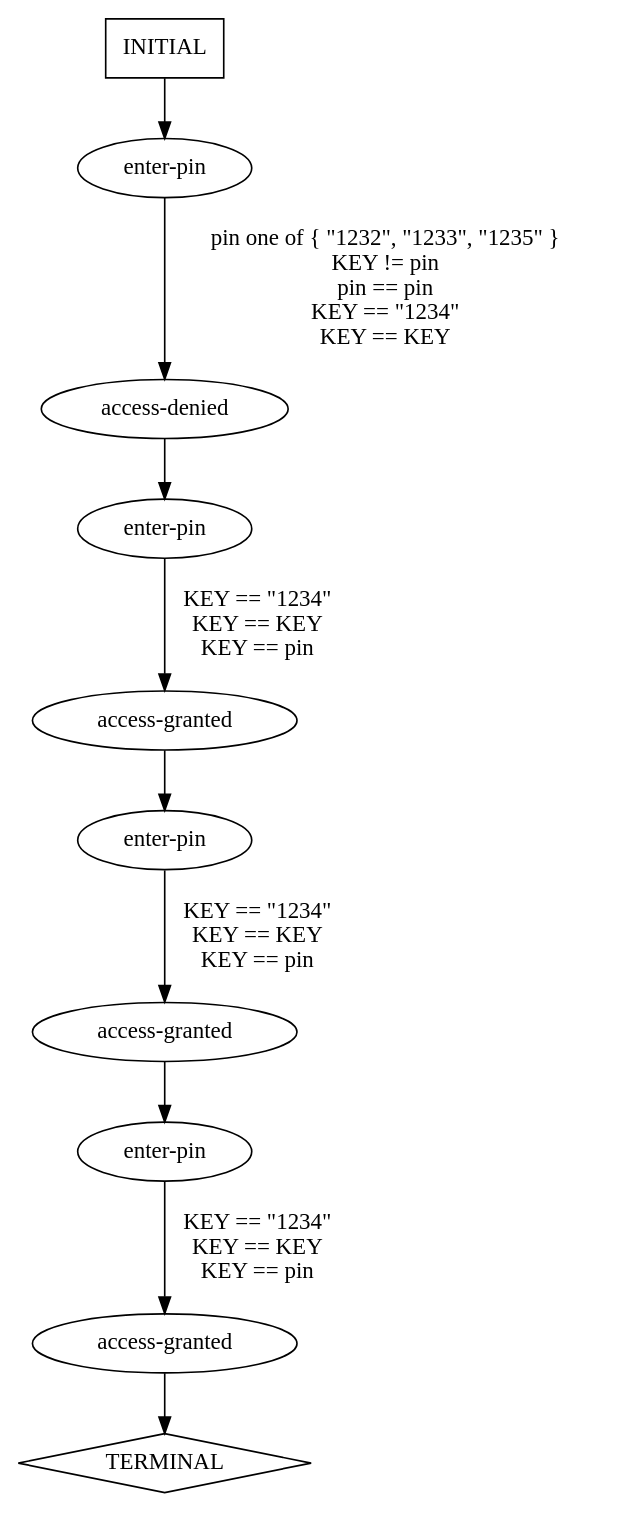
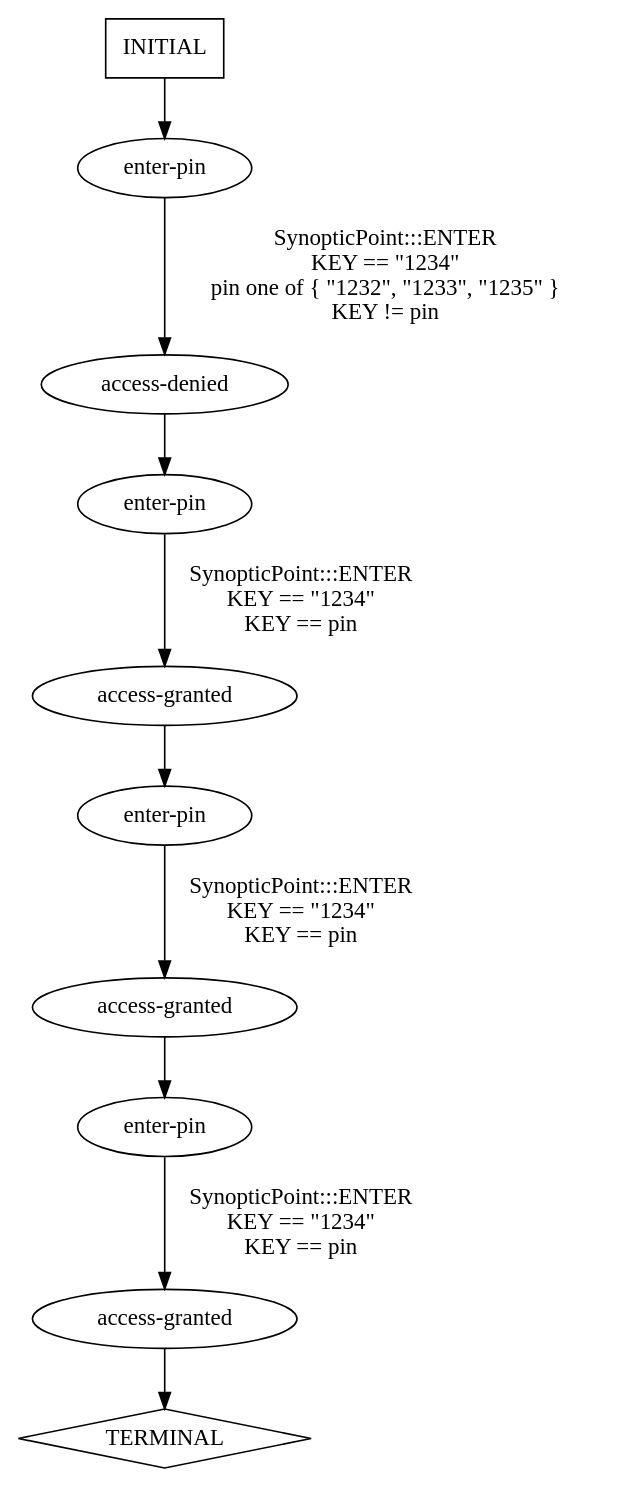
The diagram in traces/abstract/verify-pin/predicted-paths/verify-pin-test2.dot (ModelInference/synoptic), drawn with Graphviz before and after one commit. The commit also changed 73 other files, not shown here.

```diff
--- a/traces/abstract/verify-pin/predicted-paths/verify-pin-test2.dot
+++ b/traces/abstract/verify-pin/predicted-paths/verify-pin-test2.dot
@@ -1,21 +1,21 @@
 digraph {
   0 [label="access-denied"];
   1 [label="access-granted"];
   2 [label="access-granted"];
   3 [label="access-granted"];
   4 [label="enter-pin"];
   5 [label="enter-pin"];
   6 [label="enter-pin"];
   7 [label="enter-pin"];
   8 [label="TERMINAL",shape=diamond];
   9 [label="INITIAL",shape=box];
 0->5 [label="",];
 1->6 [label="",];
 2->7 [label="",];
 3->8 [label="",];
-4->0 [label="pin one of { \"1232\", \"1233\", \"1235\" }\nKEY != pin\npin == pin\nKEY == \"1234\"\nKEY == KEY",];
-5->1 [label="KEY == \"1234\"\nKEY == KEY\nKEY == pin",];
-6->2 [label="KEY == \"1234\"\nKEY == KEY\nKEY == pin",];
-7->3 [label="KEY == \"1234\"\nKEY == KEY\nKEY == pin",];
+4->0 [label="SynopticPoint:::ENTER\nKEY == \"1234\"\npin one of { \"1232\", \"1233\", \"1235\" }\nKEY != pin\n",];
+5->1 [label="SynopticPoint:::ENTER\nKEY == \"1234\"\nKEY == pin\n",];
+6->2 [label="SynopticPoint:::ENTER\nKEY == \"1234\"\nKEY == pin\n",];
+7->3 [label="SynopticPoint:::ENTER\nKEY == \"1234\"\nKEY == pin\n",];
 9->4 [label="",];
 } // digraph {
```
